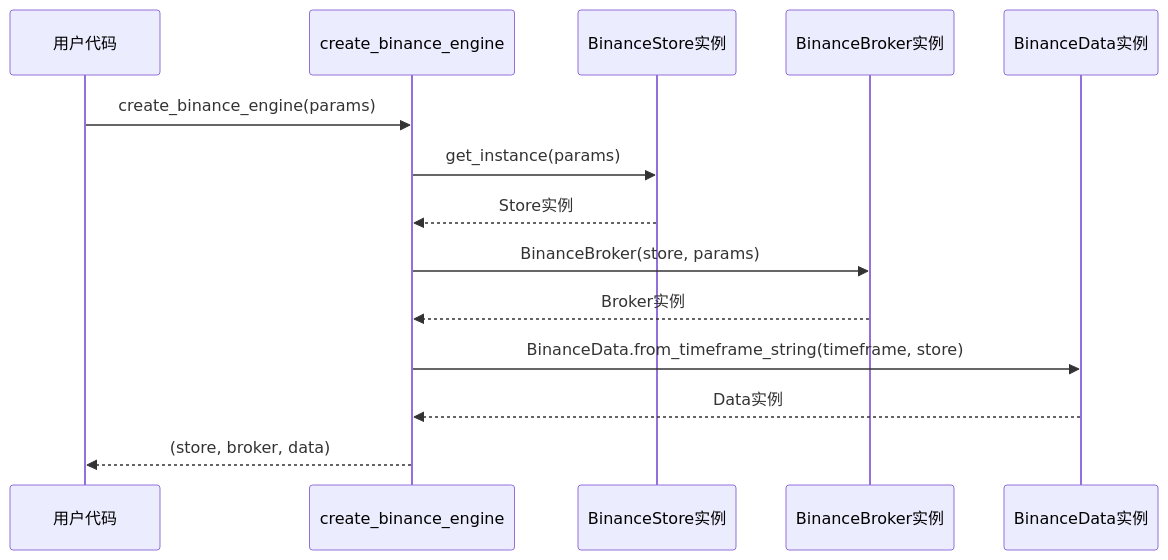
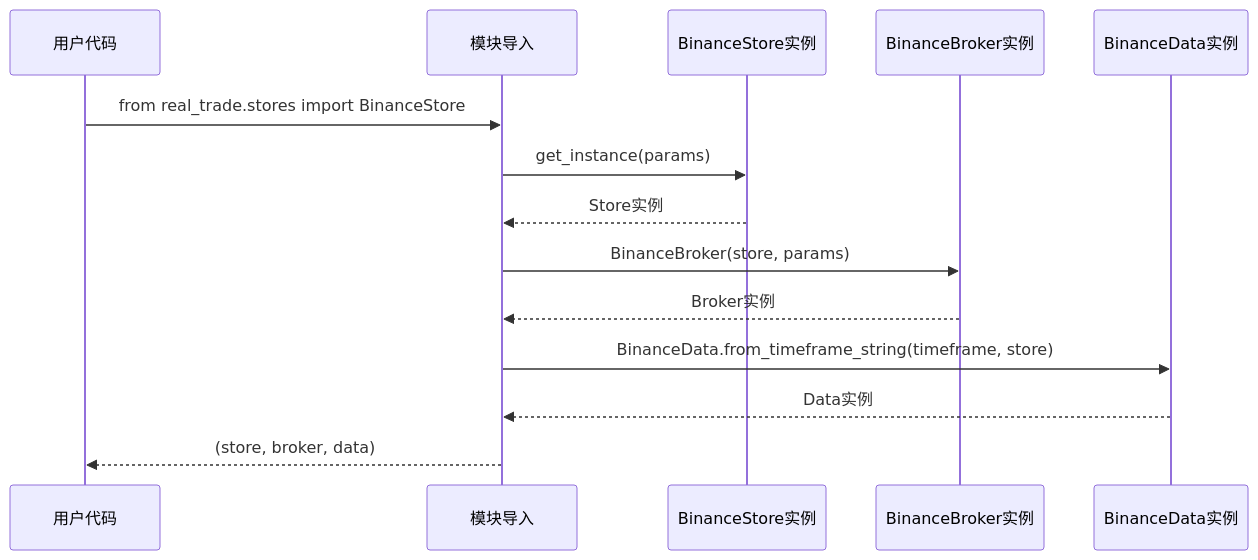
One commit to bench-prog/backtrader changed the third of 12 diagrams in .qoder/repowiki/zh/content/实盘交易模块/实盘交易模块.md. Above: the diagram before and after it, drawn with Mermaid. The commit also changed other lines of this file and 40 other files, not shown here.

````diff
--- a/.qoder/repowiki/zh/content/实盘交易模块/实盘交易模块.md
+++ b/.qoder/repowiki/zh/content/实盘交易模块/实盘交易模块.md
@@ -210,16 +229,16 @@
 ```mermaid
 sequenceDiagram
 participant User as 用户代码
-participant Factory as create_binance_engine
+participant Import as 模块导入
 participant Store as BinanceStore实例
 participant Broker as BinanceBroker实例
 participant Data as BinanceData实例
-User->>Factory : create_binance_engine(params)
-Factory->>Store : get_instance(params)
-Store-->>Factory : Store实例
-Factory->>Broker : BinanceBroker(store, params)
-Broker-->>Factory : Broker实例
-Factory->>Data : BinanceData.from_timeframe_string(timeframe, store)
-Data-->>Factory : Data实例
-Factory-->>User : (store, broker, data)
+User->>Import : from real_trade.stores import BinanceStore
+Import->>Store : get_instance(params)
+Store-->>Import : Store实例
+Import->>Broker : BinanceBroker(store, params)
+Broker-->>Import : Broker实例
+Import->>Data : BinanceData.from_timeframe_string(timeframe, store)
+Data-->>Import : Data实例
+Import-->>User : (store, broker, data)
 ```
````
